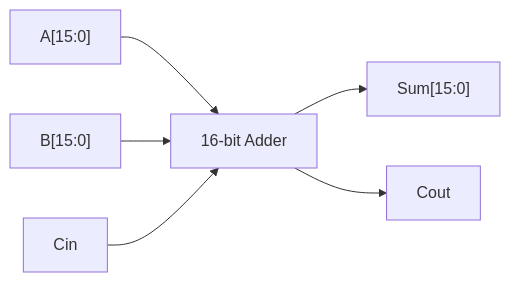
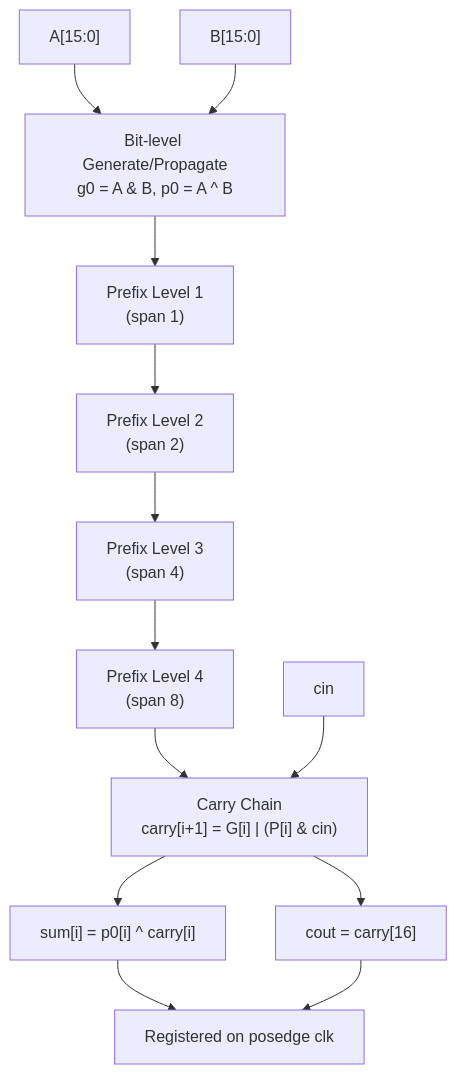
One commit to Sundar13905/ChipVerify-hardware-challenge changed the third of 3 diagrams in README.md. Above: the diagram before and after it, drawn with Mermaid. The commit also changed other lines of this file, not shown here.

````diff
--- a/README.md
+++ b/README.md
@@ -116,8 +127,15 @@
 ```mermaid
-graph LR
-    A["A[15:0]"] --> ADD["16-bit Adder"]
-    B["B[15:0]"] --> ADD
-    CIN["Cin"] --> ADD
-    ADD --> SUM["Sum[15:0]"]
-    ADD --> COUT["Cout"]
+graph TD
+    A["A[15:0]"] --> GP["Bit-level Generate/Propagate<br/>g0 = A & B, p0 = A ^ B"]
+    B["B[15:0]"] --> GP
+    GP --> L1["Prefix Level 1<br/>(span 1)"]
+    L1 --> L2["Prefix Level 2<br/>(span 2)"]
+    L2 --> L3["Prefix Level 3<br/>(span 4)"]
+    L3 --> L4["Prefix Level 4<br/>(span 8)"]
+    L4 --> CARRY["Carry Chain<br/>carry[i+1] = G[i] | (P[i] & cin)"]
+    CIN["cin"] --> CARRY
+    CARRY --> SUM["sum[i] = p0[i] ^ carry[i]"]
+    CARRY --> COUT["cout = carry[16]"]
+    SUM --> REG["Registered on posedge clk"]
+    COUT --> REG
 ```
````
